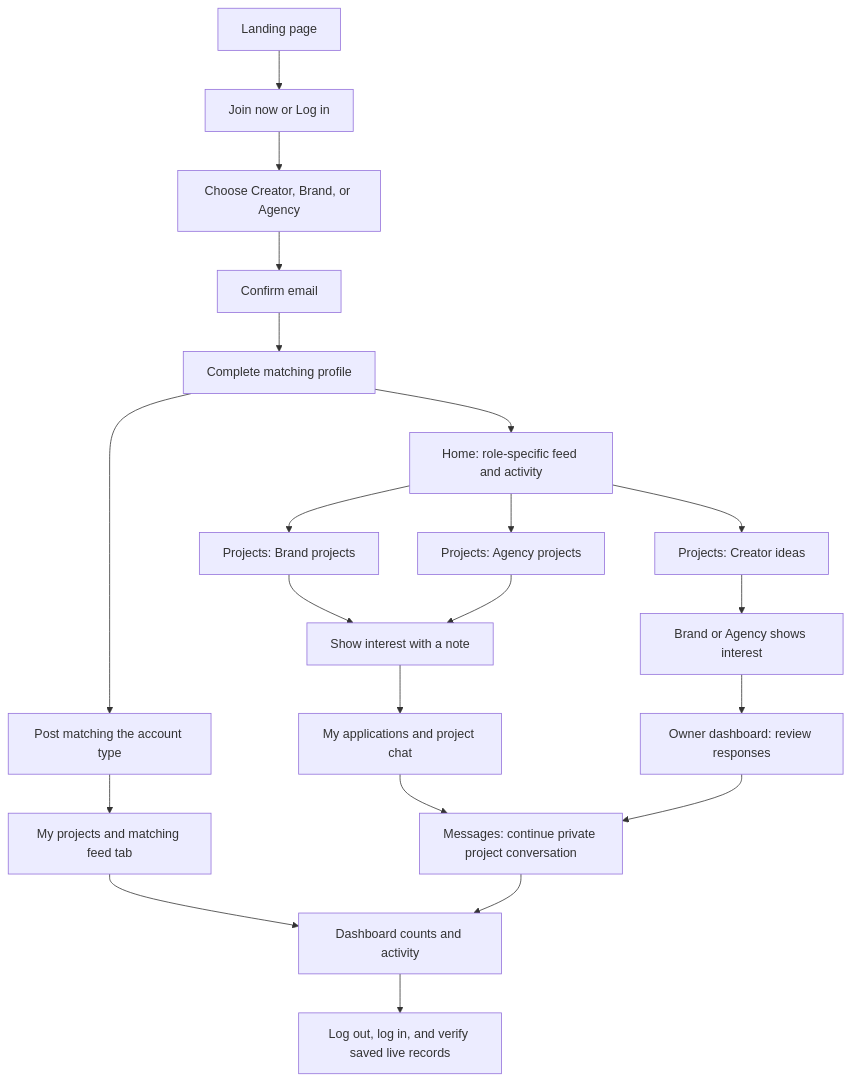
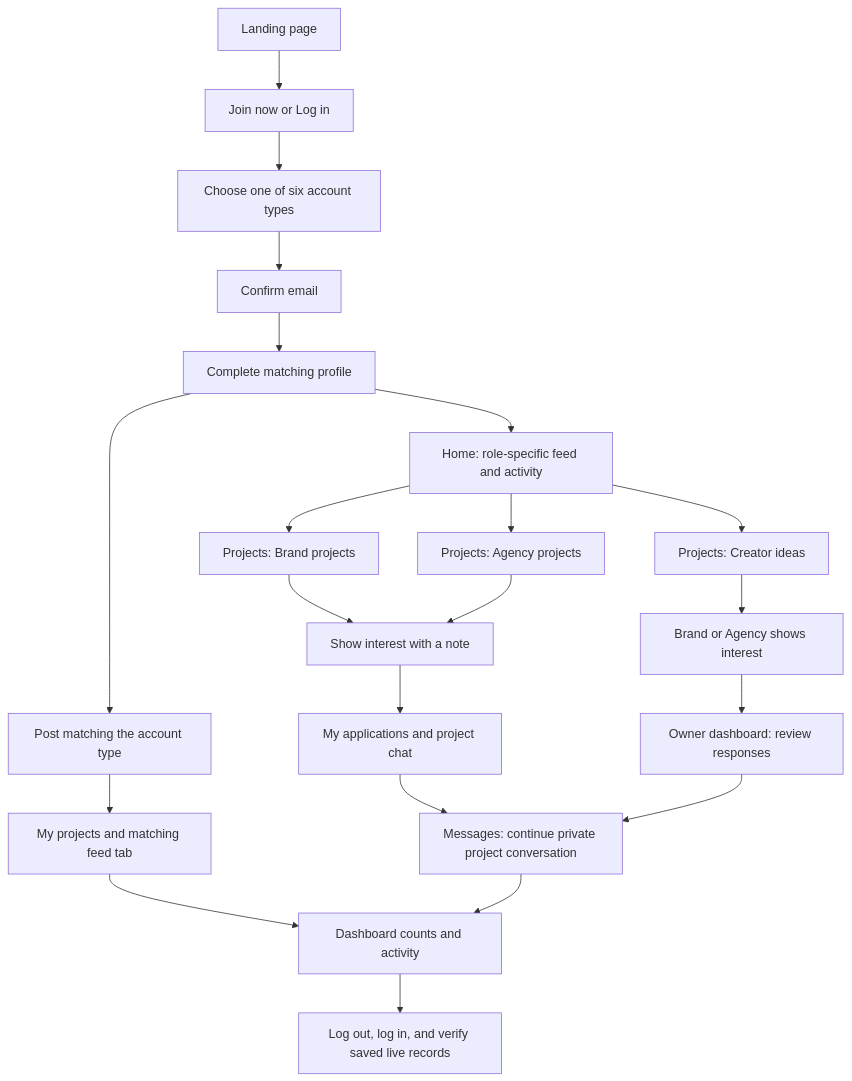
The diagram in USER-JOURNEYS.md (Ratanbharati/BrandMediaCollab), drawn with Mermaid before and after one commit. The commit also changed other lines of this file and 84 other files, not shown here.

````diff
--- a/USER-JOURNEYS.md
+++ b/USER-JOURNEYS.md
@@ -5,23 +5,23 @@
 ```mermaid
 flowchart TD
     A[Landing page] --> B[Join now or Log in]
-    B --> C[Choose Creator, Brand, or Agency]
+    B --> C[Choose one of six account types]
     C --> D[Confirm email]
     D --> E[Complete matching profile]
     E --> F[Home: role-specific feed and activity]
     F --> G[Projects: Brand projects]
     F --> H[Projects: Creator ideas]
     F --> I[Projects: Agency projects]
     G --> J[Show interest with a note]
     I --> J
     H --> K[Brand or Agency shows interest]
     J --> L[My applications and project chat]
     K --> M[Owner dashboard: review responses]
     L --> N[Messages: continue private project conversation]
     M --> N
     E --> O[Post matching the account type]
     O --> P[My projects and matching feed tab]
     P --> Q[Dashboard counts and activity]
     N --> Q
     Q --> R[Log out, log in, and verify saved live records]
 ```
````
